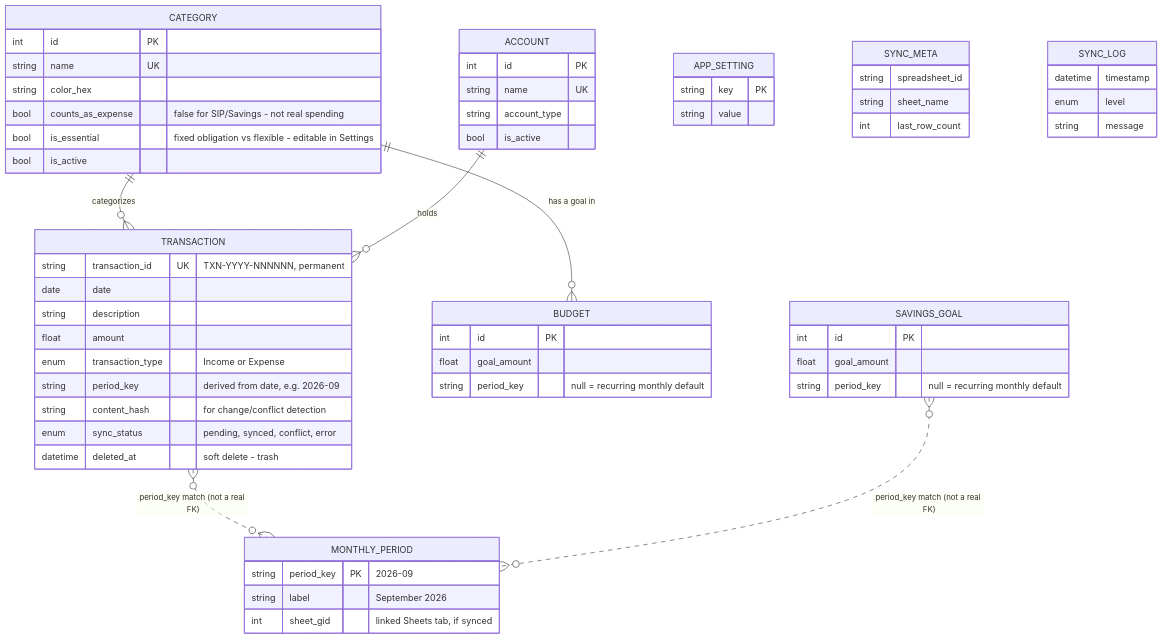
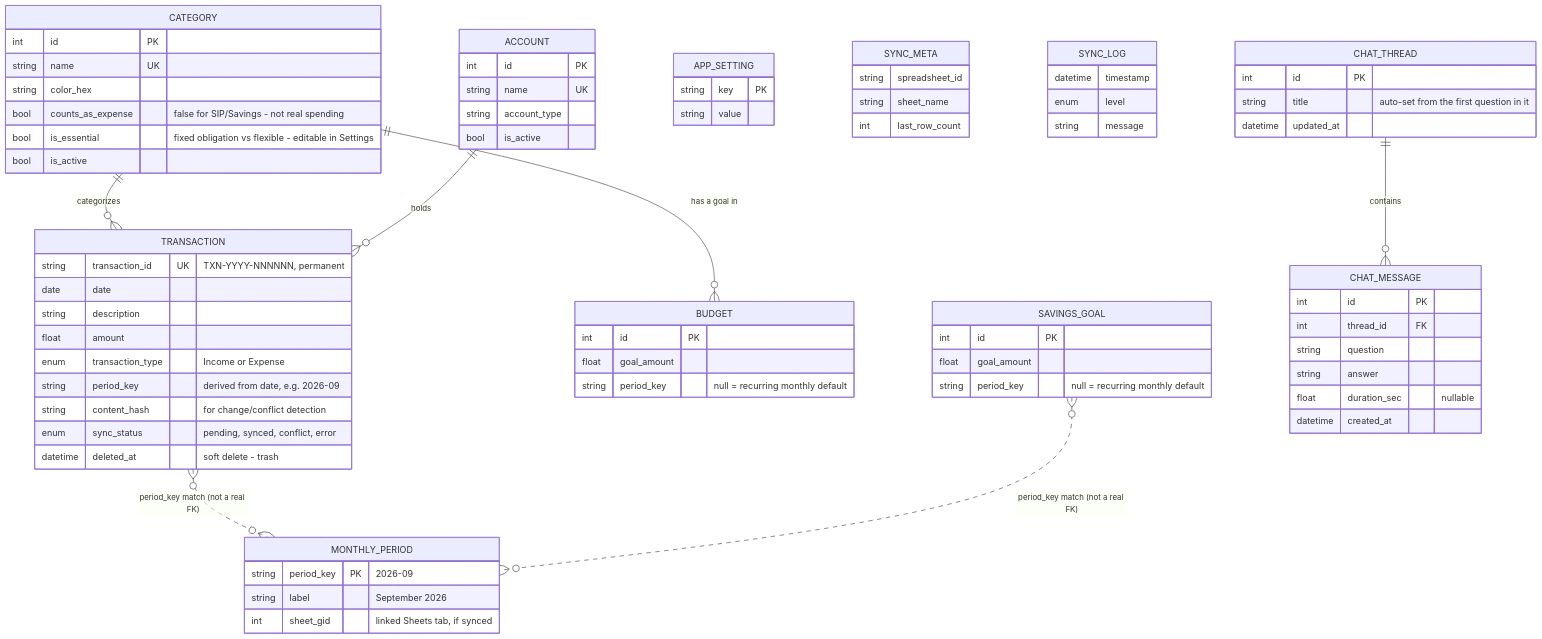
The second of 2 diagrams in README.md (Sagnik-Das-03/BUDGET_APP), drawn with Mermaid before and after one commit. The commit also changed other lines of this file and 1 other file, not shown here.

Commit message:
updates for llm chat

````diff
--- a/README.md
+++ b/README.md
@@ -76,63 +76,77 @@
 ```mermaid
 erDiagram
     CATEGORY {
         int id PK
         string name UK
         string color_hex
         bool counts_as_expense "false for SIP/Savings - not real spending"
         bool is_essential "fixed obligation vs flexible - editable in Settings"
         bool is_active
     }
     ACCOUNT {
         int id PK
         string name UK
         string account_type
         bool is_active
     }
     TRANSACTION {
         string transaction_id UK "TXN-YYYY-NNNNNN, permanent"
         date date
         string description
         float amount
         enum transaction_type "Income or Expense"
         string period_key "derived from date, e.g. 2026-09"
         string content_hash "for change/conflict detection"
         enum sync_status "pending, synced, conflict, error"
         datetime deleted_at "soft delete - trash"
     }
     BUDGET {
         int id PK
         float goal_amount
         string period_key "null = recurring monthly default"
     }
     SAVINGS_GOAL {
         int id PK
         float goal_amount
         string period_key "null = recurring monthly default"
     }
     MONTHLY_PERIOD {
         string period_key PK "2026-09"
         string label "September 2026"
         int sheet_gid "linked Sheets tab, if synced"
     }
     APP_SETTING {
         string key PK
         string value
     }
     SYNC_META {
         string spreadsheet_id
         string sheet_name
         int last_row_count
     }
     SYNC_LOG {
         datetime timestamp
         enum level
         string message
     }
+    CHAT_THREAD {
+        int id PK
+        string title "auto-set from the first question in it"
+        datetime updated_at
+    }
+    CHAT_MESSAGE {
+        int id PK
+        int thread_id FK
+        string question
+        string answer
+        float duration_sec "nullable"
+        datetime created_at
+    }
 
     CATEGORY ||--o{ TRANSACTION : categorizes
     ACCOUNT  ||--o{ TRANSACTION : holds
     CATEGORY ||--o{ BUDGET : "has a goal in"
     TRANSACTION }o..o{ MONTHLY_PERIOD : "period_key match (not a real FK)"
     SAVINGS_GOAL }o..o{ MONTHLY_PERIOD : "period_key match (not a real FK)"
+    CHAT_THREAD ||--o{ CHAT_MESSAGE : contains
 ```
````
